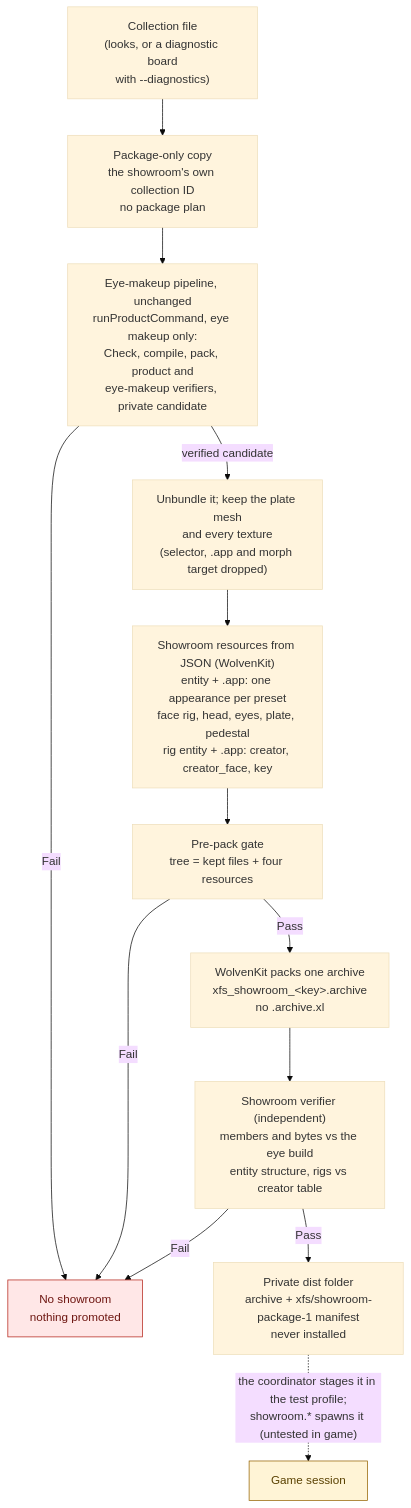
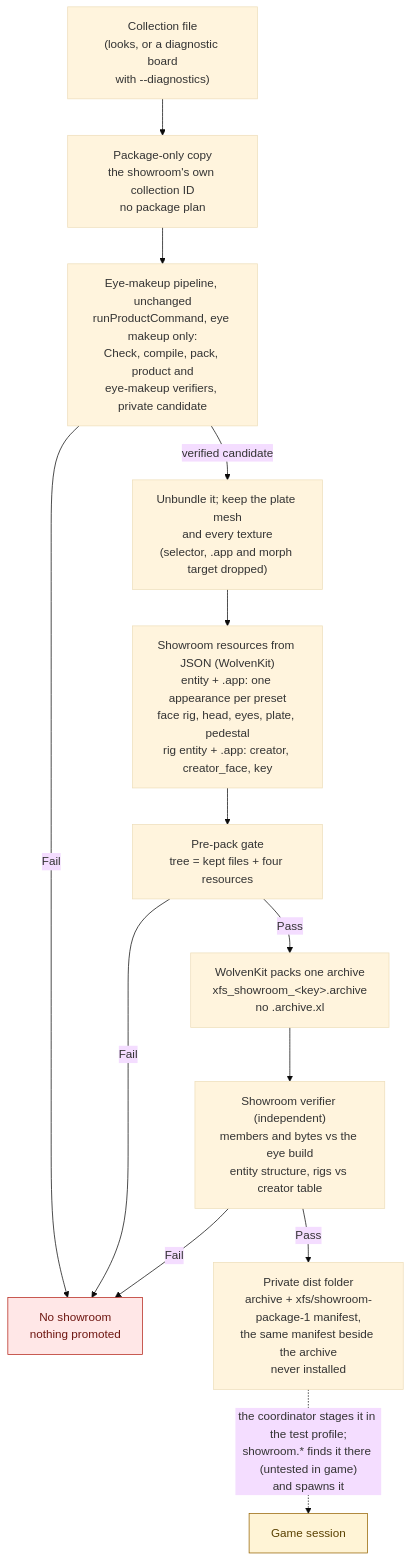
Before and after one commit to axefrog/xf-studio: the fifth of 5 diagrams in research/authoring/studio-to-mod-pipeline.md, drawn with Mermaid (base theme). The commit also changed other lines of this file and 2 other files, not shown here.

Commit message:
XF Finish Showroom builder 2: the manifest ships beside the archive
The showroom builder writes its xfs/showroom-package-1 manifest also as archive/pc/mod/xfs_showroom_<key>.showroom.json (shippedManifest), so a staged mod describes itself to the runtime bridge's showroom.staged. The pipeline guide's showroom section, diagram and visual-review table record it.

````diff
--- a/research/authoring/studio-to-mod-pipeline.md
+++ b/research/authoring/studio-to-mod-pipeline.md
@@ -251,20 +251,20 @@
 ```mermaid
 flowchart TB
   coll["Collection file<br/>(looks, or a diagnostic board<br/>with --diagnostics)"] --> copy["Package-only copy<br/>the showroom's own collection ID<br/>no package plan"]
   copy --> eye["Eye-makeup pipeline, unchanged<br/>runProductCommand, eye makeup only:<br/>Check, compile, pack, product and<br/>eye-makeup verifiers, private candidate"]
   eye -- Fail --> stop["No showroom<br/>nothing promoted"]
   eye -- "verified candidate" --> keep["Unbundle it; keep the plate mesh<br/>and every texture<br/>(selector, .app and morph target dropped)"]
   keep --> own["Showroom resources from JSON (WolvenKit)<br/>entity + .app: one appearance per preset<br/>face rig, head, eyes, plate, pedestal<br/>rig entity + .app: creator, creator_face, key"]
   own --> gate["Pre-pack gate<br/>tree = kept files + four resources"]
   gate -- Fail --> stop
   gate -- Pass --> pack["WolvenKit packs one archive<br/>xfs_showroom_&lt;key&gt;.archive<br/>no .archive.xl"]
   pack --> verify["Showroom verifier (independent)<br/>members and bytes vs the eye build<br/>entity structure, rigs vs creator table"]
   verify -- Fail --> stop
-  verify -- Pass --> dist["Private dist folder<br/>archive + xfs/showroom-package-1 manifest<br/>never installed"]
-  dist -. "the coordinator stages it in the test profile;<br/>showroom.* spawns it (untested in game)" .-> game["Game session"]
+  verify -- Pass --> dist["Private dist folder<br/>archive + xfs/showroom-package-1 manifest,<br/>the same manifest beside the archive<br/>never installed"]
+  dist -. "the coordinator stages it in the test profile;<br/>showroom.* finds it there (untested in game)<br/>and spawns it" .-> game["Game session"]
 
   classDef blocked fill:#ffe7e7,stroke:#b42318,color:#6e1611;
   classDef pending fill:#fff4d6,stroke:#946200,color:#594000;
   class stop blocked;
   class game pending;
 ```
````
